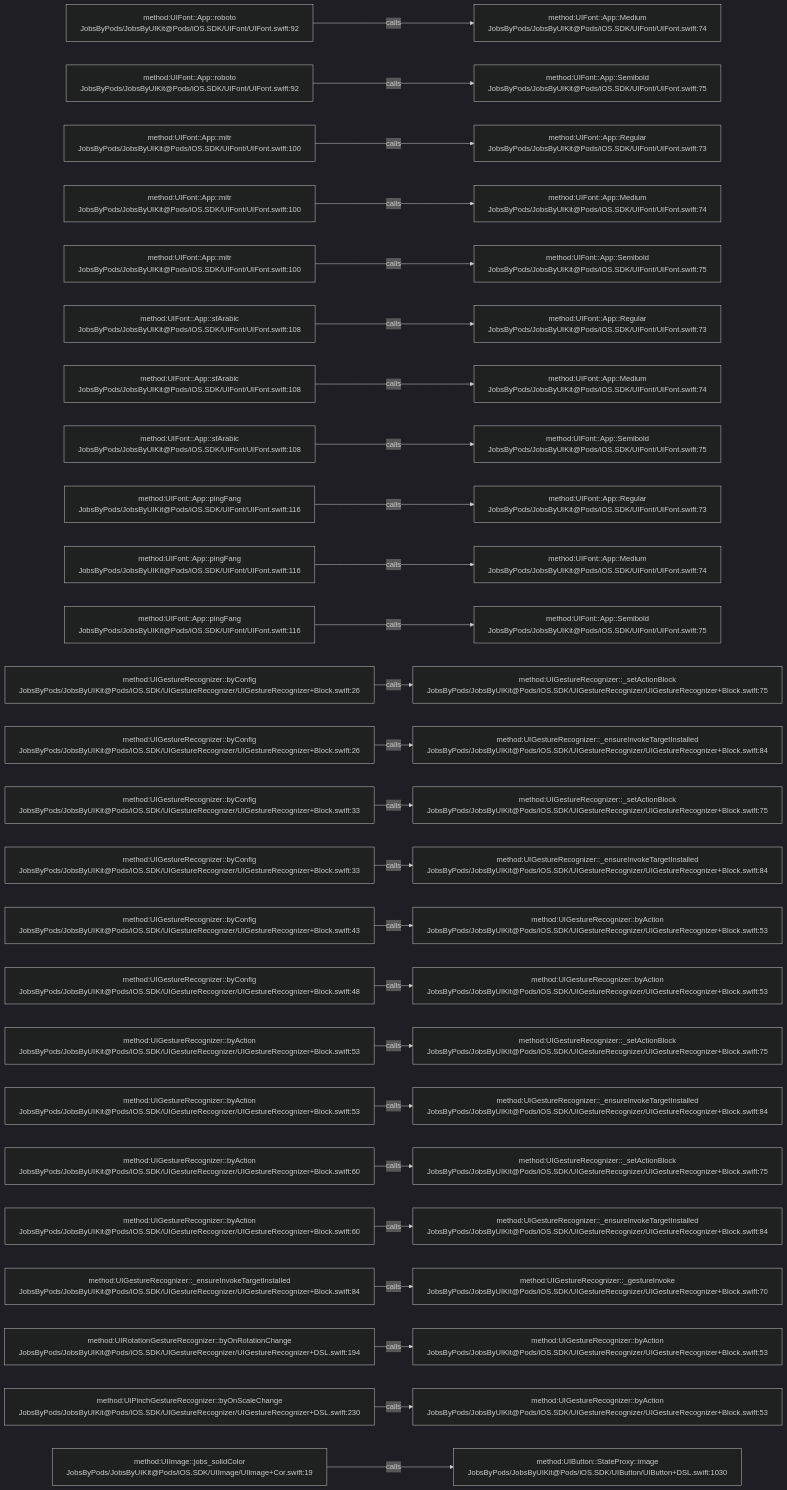
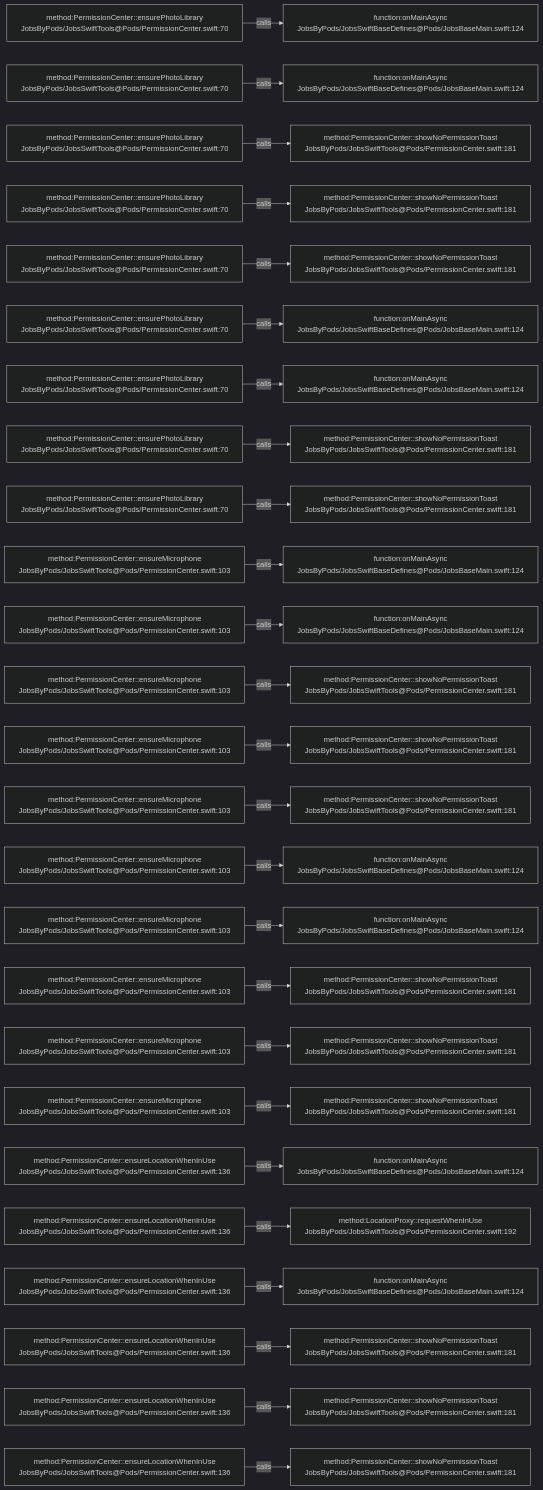
Before and after one commit to JobsKits/JobsSwiftBaseConfigDemo: the diagram in .codegraph/codegraph.md/graphs/calls-066.md, drawn with Mermaid (dark theme). The commit also changed 569 other files, not shown here.

````diff
--- a/.codegraph/codegraph.md/graphs/calls-066.md
+++ b/.codegraph/codegraph.md/graphs/calls-066.md
@@ -13,78 +13,78 @@
 ```mermaid
 flowchart LR
-  S1["method:UIFont::App::roboto<br/>JobsByPods/JobsByUIKit@Pods/iOS.SDK/UIFont/UIFont.swift:92"]
-  T1["method:UIFont::App::Medium<br/>JobsByPods/JobsByUIKit@Pods/iOS.SDK/UIFont/UIFont.swift:74"]
+  S1["method:PermissionCenter::ensurePhotoLibrary<br/>JobsByPods/JobsSwiftTools@Pods/PermissionCenter.swift:70"]
+  T1["function:onMainAsync<br/>JobsByPods/JobsSwiftBaseDefines@Pods/JobsBaseMain.swift:124"]
   S1 -->|calls| T1
-  S2["method:UIFont::App::roboto<br/>JobsByPods/JobsByUIKit@Pods/iOS.SDK/UIFont/UIFont.swift:92"]
-  T2["method:UIFont::App::Semibold<br/>JobsByPods/JobsByUIKit@Pods/iOS.SDK/UIFont/UIFont.swift:75"]
+  S2["method:PermissionCenter::ensurePhotoLibrary<br/>JobsByPods/JobsSwiftTools@Pods/PermissionCenter.swift:70"]
+  T2["function:onMainAsync<br/>JobsByPods/JobsSwiftBaseDefines@Pods/JobsBaseMain.swift:124"]
   S2 -->|calls| T2
-  S3["method:UIFont::App::mitr<br/>JobsByPods/JobsByUIKit@Pods/iOS.SDK/UIFont/UIFont.swift:100"]
-  T3["method:UIFont::App::Regular<br/>JobsByPods/JobsByUIKit@Pods/iOS.SDK/UIFont/UIFont.swift:73"]
+  S3["method:PermissionCenter::ensurePhotoLibrary<br/>JobsByPods/JobsSwiftTools@Pods/PermissionCenter.swift:70"]
+  T3["method:PermissionCenter::showNoPermissionToast<br/>JobsByPods/JobsSwiftTools@Pods/PermissionCenter.swift:181"]
   S3 -->|calls| T3
-  S4["method:UIFont::App::mitr<br/>JobsByPods/JobsByUIKit@Pods/iOS.SDK/UIFont/UIFont.swift:100"]
-  T4["method:UIFont::App::Medium<br/>JobsByPods/JobsByUIKit@Pods/iOS.SDK/UIFont/UIFont.swift:74"]
+  S4["method:PermissionCenter::ensurePhotoLibrary<br/>JobsByPods/JobsSwiftTools@Pods/PermissionCenter.swift:70"]
+  T4["method:PermissionCenter::showNoPermissionToast<br/>JobsByPods/JobsSwiftTools@Pods/PermissionCenter.swift:181"]
   S4 -->|calls| T4
-  S5["method:UIFont::App::mitr<br/>JobsByPods/JobsByUIKit@Pods/iOS.SDK/UIFont/UIFont.swift:100"]
-  T5["method:UIFont::App::Semibold<br/>JobsByPods/JobsByUIKit@Pods/iOS.SDK/UIFont/UIFont.swift:75"]
+  S5["method:PermissionCenter::ensurePhotoLibrary<br/>JobsByPods/JobsSwiftTools@Pods/PermissionCenter.swift:70"]
+  T5["method:PermissionCenter::showNoPermissionToast<br/>JobsByPods/JobsSwiftTools@Pods/PermissionCenter.swift:181"]
   S5 -->|calls| T5
-  S6["method:UIFont::App::sfArabic<br/>JobsByPods/JobsByUIKit@Pods/iOS.SDK/UIFont/UIFont.swift:108"]
-  T6["method:UIFont::App::Regular<br/>JobsByPods/JobsByUIKit@Pods/iOS.SDK/UIFont/UIFont.swift:73"]
+  S6["method:PermissionCenter::ensurePhotoLibrary<br/>JobsByPods/JobsSwiftTools@Pods/PermissionCenter.swift:70"]
+  T6["function:onMainAsync<br/>JobsByPods/JobsSwiftBaseDefines@Pods/JobsBaseMain.swift:124"]
   S6 -->|calls| T6
-  S7["method:UIFont::App::sfArabic<br/>JobsByPods/JobsByUIKit@Pods/iOS.SDK/UIFont/UIFont.swift:108"]
-  T7["method:UIFont::App::Medium<br/>JobsByPods/JobsByUIKit@Pods/iOS.SDK/UIFont/UIFont.swift:74"]
+  S7["method:PermissionCenter::ensurePhotoLibrary<br/>JobsByPods/JobsSwiftTools@Pods/PermissionCenter.swift:70"]
+  T7["function:onMainAsync<br/>JobsByPods/JobsSwiftBaseDefines@Pods/JobsBaseMain.swift:124"]
   S7 -->|calls| T7
-  S8["method:UIFont::App::sfArabic<br/>JobsByPods/JobsByUIKit@Pods/iOS.SDK/UIFont/UIFont.swift:108"]
-  T8["method:UIFont::App::Semibold<br/>JobsByPods/JobsByUIKit@Pods/iOS.SDK/UIFont/UIFont.swift:75"]
+  S8["method:PermissionCenter::ensurePhotoLibrary<br/>JobsByPods/JobsSwiftTools@Pods/PermissionCenter.swift:70"]
+  T8["method:PermissionCenter::showNoPermissionToast<br/>JobsByPods/JobsSwiftTools@Pods/PermissionCenter.swift:181"]
   S8 -->|calls| T8
-  S9["method:UIFont::App::pingFang<br/>JobsByPods/JobsByUIKit@Pods/iOS.SDK/UIFont/UIFont.swift:116"]
-  T9["method:UIFont::App::Regular<br/>JobsByPods/JobsByUIKit@Pods/iOS.SDK/UIFont/UIFont.swift:73"]
+  S9["method:PermissionCenter::ensurePhotoLibrary<br/>JobsByPods/JobsSwiftTools@Pods/PermissionCenter.swift:70"]
+  T9["method:PermissionCenter::showNoPermissionToast<br/>JobsByPods/JobsSwiftTools@Pods/PermissionCenter.swift:181"]
   S9 -->|calls| T9
-  S10["method:UIFont::App::pingFang<br/>JobsByPods/JobsByUIKit@Pods/iOS.SDK/UIFont/UIFont.swift:116"]
-  T10["method:UIFont::App::Medium<br/>JobsByPods/JobsByUIKit@Pods/iOS.SDK/UIFont/UIFont.swift:74"]
+  S10["method:PermissionCenter::ensureMicrophone<br/>JobsByPods/JobsSwiftTools@Pods/PermissionCenter.swift:103"]
+  T10["function:onMainAsync<br/>JobsByPods/JobsSwiftBaseDefines@Pods/JobsBaseMain.swift:124"]
   S10 -->|calls| T10
-  S11["method:UIFont::App::pingFang<br/>JobsByPods/JobsByUIKit@Pods/iOS.SDK/UIFont/UIFont.swift:116"]
-  T11["method:UIFont::App::Semibold<br/>JobsByPods/JobsByUIKit@Pods/iOS.SDK/UIFont/UIFont.swift:75"]
+  S11["method:PermissionCenter::ensureMicrophone<br/>JobsByPods/JobsSwiftTools@Pods/PermissionCenter.swift:103"]
+  T11["function:onMainAsync<br/>JobsByPods/JobsSwiftBaseDefines@Pods/JobsBaseMain.swift:124"]
   S11 -->|calls| T11
-  S12["method:UIGestureRecognizer::byConfig<br/>JobsByPods/JobsByUIKit@Pods/iOS.SDK/UIGestureRecognizer/UIGestureRecognizer+Block.swift:26"]
-  T12["method:UIGestureRecognizer::_setActionBlock<br/>JobsByPods/JobsByUIKit@Pods/iOS.SDK/UIGestureRecognizer/UIGestureRecognizer+Block.swift:75"]
+  S12["method:PermissionCenter::ensureMicrophone<br/>JobsByPods/JobsSwiftTools@Pods/PermissionCenter.swift:103"]
+  T12["method:PermissionCenter::showNoPermissionToast<br/>JobsByPods/JobsSwiftTools@Pods/PermissionCenter.swift:181"]
   S12 -->|calls| T12
-  S13["method:UIGestureRecognizer::byConfig<br/>JobsByPods/JobsByUIKit@Pods/iOS.SDK/UIGestureRecognizer/UIGestureRecognizer+Block.swift:26"]
-  T13["method:UIGestureRecognizer::_ensureInvokeTargetInstalled<br/>JobsByPods/JobsByUIKit@Pods/iOS.SDK/UIGestureRecognizer/UIGestureRecognizer+Block.swift:84"]
+  S13["method:PermissionCenter::ensureMicrophone<br/>JobsByPods/JobsSwiftTools@Pods/PermissionCenter.swift:103"]
+  T13["method:PermissionCenter::showNoPermissionToast<br/>JobsByPods/JobsSwiftTools@Pods/PermissionCenter.swift:181"]
   S13 -->|calls| T13
-  S14["method:UIGestureRecognizer::byConfig<br/>JobsByPods/JobsByUIKit@Pods/iOS.SDK/UIGestureRecognizer/UIGestureRecognizer+Block.swift:33"]
-  T14["method:UIGestureRecognizer::_setActionBlock<br/>JobsByPods/JobsByUIKit@Pods/iOS.SDK/UIGestureRecognizer/UIGestureRecognizer+Block.swift:75"]
+  S14["method:PermissionCenter::ensureMicrophone<br/>JobsByPods/JobsSwiftTools@Pods/PermissionCenter.swift:103"]
+  T14["method:PermissionCenter::showNoPermissionToast<br/>JobsByPods/JobsSwiftTools@Pods/PermissionCenter.swift:181"]
   S14 -->|calls| T14
-  S15["method:UIGestureRecognizer::byConfig<br/>JobsByPods/JobsByUIKit@Pods/iOS.SDK/UIGestureRecognizer/UIGestureRecognizer+Block.swift:33"]
-  T15["method:UIGestureRecognizer::_ensureInvokeTargetInstalled<br/>JobsByPods/JobsByUIKit@Pods/iOS.SDK/UIGestureRecognizer/UIGestureRecognizer+Block.swift:84"]
+  S15["method:PermissionCenter::ensureMicrophone<br/>JobsByPods/JobsSwiftTools@Pods/PermissionCenter.swift:103"]
+  T15["function:onMainAsync<br/>JobsByPods/JobsSwiftBaseDefines@Pods/JobsBaseMain.swift:124"]
   S15 -->|calls| T15
-  S16["method:UIGestureRecognizer::byConfig<br/>JobsByPods/JobsByUIKit@Pods/iOS.SDK/UIGestureRecognizer/UIGestureRecognizer+Block.swift:43"]
-  T16["method:UIGestureRecognizer::byAction<br/>JobsByPods/JobsByUIKit@Pods/iOS.SDK/UIGestureRecognizer/UIGestureRecognizer+Block.swift:53"]
+  S16["method:PermissionCenter::ensureMicrophone<br/>JobsByPods/JobsSwiftTools@Pods/PermissionCenter.swift:103"]
+  T16["function:onMainAsync<br/>JobsByPods/JobsSwiftBaseDefines@Pods/JobsBaseMain.swift:124"]
   S16 -->|calls| T16
-  S17["method:UIGestureRecognizer::byConfig<br/>JobsByPods/JobsByUIKit@Pods/iOS.SDK/UIGestureRecognizer/UIGestureRecognizer+Block.swift:48"]
-  T17["method:UIGestureRecognizer::byAction<br/>JobsByPods/JobsByUIKit@Pods/iOS.SDK/UIGestureRecognizer/UIGestureRecognizer+Block.swift:53"]
+  S17["method:PermissionCenter::ensureMicrophone<br/>JobsByPods/JobsSwiftTools@Pods/PermissionCenter.swift:103"]
+  T17["method:PermissionCenter::showNoPermissionToast<br/>JobsByPods/JobsSwiftTools@Pods/PermissionCenter.swift:181"]
   S17 -->|calls| T17
-  S18["method:UIGestureRecognizer::byAction<br/>JobsByPods/JobsByUIKit@Pods/iOS.SDK/UIGestureRecognizer/UIGestureRecognizer+Block.swift:53"]
-  T18["method:UIGestureRecognizer::_setActionBlock<br/>JobsByPods/JobsByUIKit@Pods/iOS.SDK/UIGestureRecognizer/UIGestureRecognizer+Block.swift:75"]
+  S18["method:PermissionCenter::ensureMicrophone<br/>JobsByPods/JobsSwiftTools@Pods/PermissionCenter.swift:103"]
+  T18["method:PermissionCenter::showNoPermissionToast<br/>JobsByPods/JobsSwiftTools@Pods/PermissionCenter.swift:181"]
   S18 -->|calls| T18
-  S19["method:UIGestureRecognizer::byAction<br/>JobsByPods/JobsByUIKit@Pods/iOS.SDK/UIGestureRecognizer/UIGestureRecognizer+Block.swift:53"]
-  T19["method:UIGestureRecognizer::_ensureInvokeTargetInstalled<br/>JobsByPods/JobsByUIKit@Pods/iOS.SDK/UIGestureRecognizer/UIGestureRecognizer+Block.swift:84"]
+  S19["method:PermissionCenter::ensureMicrophone<br/>JobsByPods/JobsSwiftTools@Pods/PermissionCenter.swift:103"]
+  T19["method:PermissionCenter::showNoPermissionToast<br/>JobsByPods/JobsSwiftTools@Pods/PermissionCenter.swift:181"]
   S19 -->|calls| T19
-  S20["method:UIGestureRecognizer::byAction<br/>JobsByPods/JobsByUIKit@Pods/iOS.SDK/UIGestureRecognizer/UIGestureRecognizer+Block.swift:60"]
-  T20["method:UIGestureRecognizer::_setActionBlock<br/>JobsByPods/JobsByUIKit@Pods/iOS.SDK/UIGestureRecognizer/UIGestureRecognizer+Block.swift:75"]
+  S20["method:PermissionCenter::ensureLocationWhenInUse<br/>JobsByPods/JobsSwiftTools@Pods/PermissionCenter.swift:136"]
+  T20["function:onMainAsync<br/>JobsByPods/JobsSwiftBaseDefines@Pods/JobsBaseMain.swift:124"]
   S20 -->|calls| T20
-  S21["method:UIGestureRecognizer::byAction<br/>JobsByPods/JobsByUIKit@Pods/iOS.SDK/UIGestureRecognizer/UIGestureRecognizer+Block.swift:60"]
-  T21["method:UIGestureRecognizer::_ensureInvokeTargetInstalled<br/>JobsByPods/JobsByUIKit@Pods/iOS.SDK/UIGestureRecognizer/UIGestureRecognizer+Block.swift:84"]
+  S21["method:PermissionCenter::ensureLocationWhenInUse<br/>JobsByPods/JobsSwiftTools@Pods/PermissionCenter.swift:136"]
+  T21["method:LocationProxy::requestWhenInUse<br/>JobsByPods/JobsSwiftTools@Pods/PermissionCenter.swift:192"]
   S21 -->|calls| T21
-  S22["method:UIGestureRecognizer::_ensureInvokeTargetInstalled<br/>JobsByPods/JobsByUIKit@Pods/iOS.SDK/UIGestureRecognizer/UIGestureRecognizer+Block.swift:84"]
-  T22["method:UIGestureRecognizer::_gestureInvoke<br/>JobsByPods/JobsByUIKit@Pods/iOS.SDK/UIGestureRecognizer/UIGestureRecognizer+Block.swift:70"]
+  S22["method:PermissionCenter::ensureLocationWhenInUse<br/>JobsByPods/JobsSwiftTools@Pods/PermissionCenter.swift:136"]
+  T22["function:onMainAsync<br/>JobsByPods/JobsSwiftBaseDefines@Pods/JobsBaseMain.swift:124"]
   S22 -->|calls| T22
-  S23["method:UIRotationGestureRecognizer::byOnRotationChange<br/>JobsByPods/JobsByUIKit@Pods/iOS.SDK/UIGestureRecognizer/UIGestureRecognizer+DSL.swift:194"]
-  T23["method:UIGestureRecognizer::byAction<br/>JobsByPods/JobsByUIKit@Pods/iOS.SDK/UIGestureRecognizer/UIGestureRecognizer+Block.swift:53"]
+  S23["method:PermissionCenter::ensureLocationWhenInUse<br/>JobsByPods/JobsSwiftTools@Pods/PermissionCenter.swift:136"]
+  T23["method:PermissionCenter::showNoPermissionToast<br/>JobsByPods/JobsSwiftTools@Pods/PermissionCenter.swift:181"]
   S23 -->|calls| T23
-  S24["method:UIPinchGestureRecognizer::byOnScaleChange<br/>JobsByPods/JobsByUIKit@Pods/iOS.SDK/UIGestureRecognizer/UIGestureRecognizer+DSL.swift:230"]
-  T24["method:UIGestureRecognizer::byAction<br/>JobsByPods/JobsByUIKit@Pods/iOS.SDK/UIGestureRecognizer/UIGestureRecognizer+Block.swift:53"]
+  S24["method:PermissionCenter::ensureLocationWhenInUse<br/>JobsByPods/JobsSwiftTools@Pods/PermissionCenter.swift:136"]
+  T24["method:PermissionCenter::showNoPermissionToast<br/>JobsByPods/JobsSwiftTools@Pods/PermissionCenter.swift:181"]
   S24 -->|calls| T24
-  S25["method:UIImage::jobs_solidColor<br/>JobsByPods/JobsByUIKit@Pods/iOS.SDK/UIImage/UIImage+Cor.swift:19"]
-  T25["method:UIButton::StateProxy::image<br/>JobsByPods/JobsByUIKit@Pods/iOS.SDK/UIButton/UIButton+DSL.swift:1030"]
+  S25["method:PermissionCenter::ensureLocationWhenInUse<br/>JobsByPods/JobsSwiftTools@Pods/PermissionCenter.swift:136"]
+  T25["method:PermissionCenter::showNoPermissionToast<br/>JobsByPods/JobsSwiftTools@Pods/PermissionCenter.swift:181"]
   S25 -->|calls| T25
 ```
````
